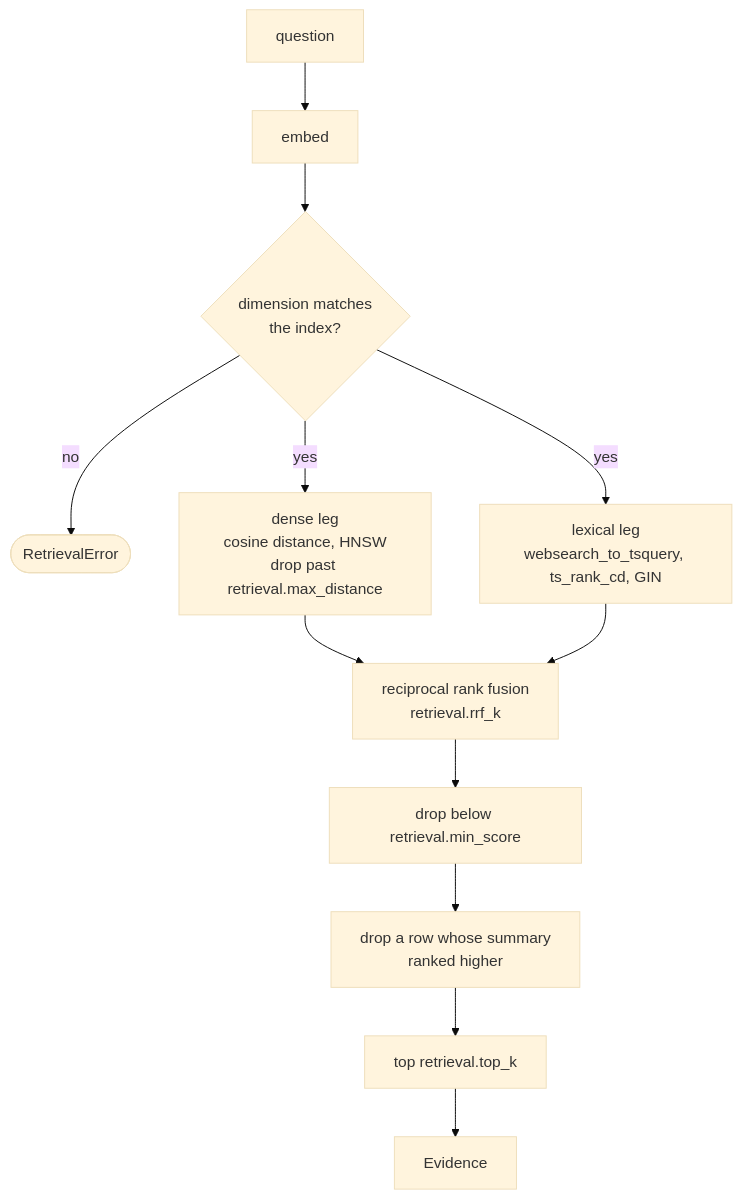
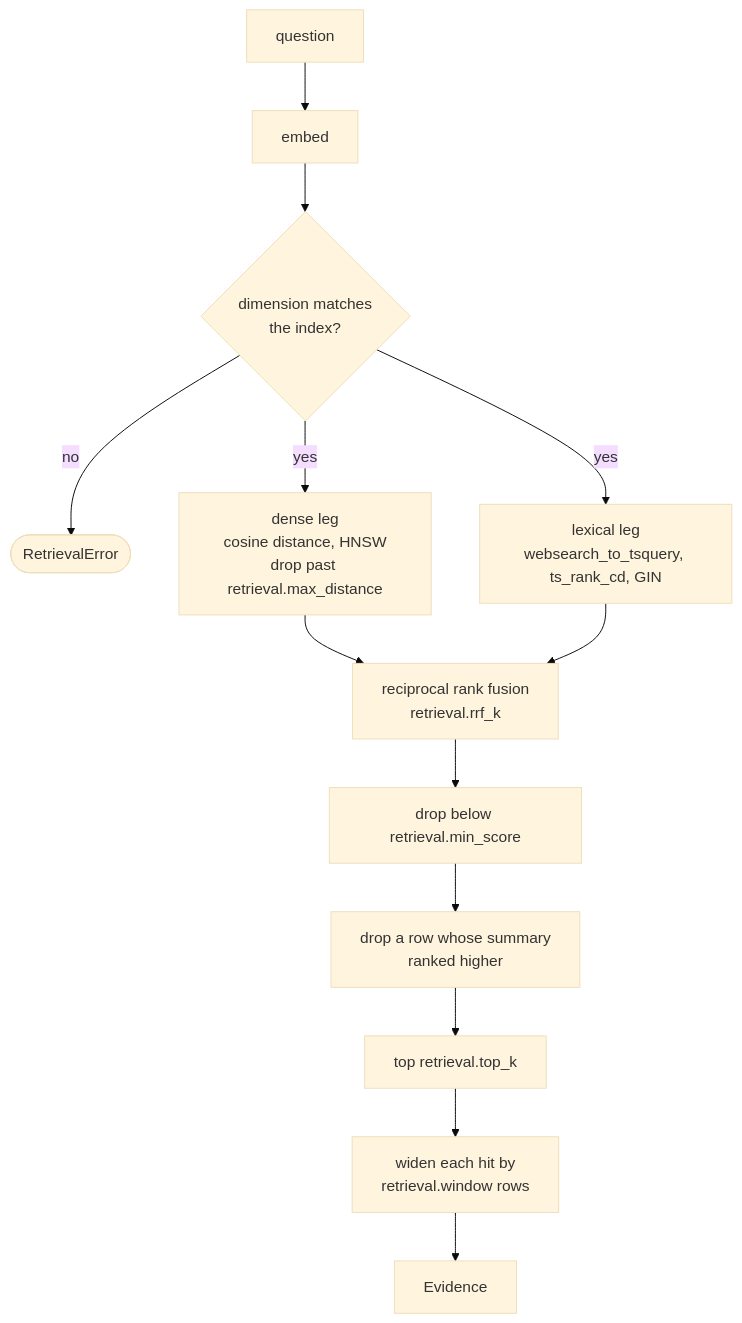
Before and after one commit to ashworks1706/SparkyAI: the sixth of 10 diagrams in docs/ARCHITECTURE.md, drawn with Mermaid (base theme). The commit also changed other lines of this file and 10 other files, not shown here.

````diff
--- a/docs/ARCHITECTURE.md
+++ b/docs/ARCHITECTURE.md
@@ -477,14 +477,15 @@
 ```mermaid
 flowchart TD
     Q["question"] --> EMB["embed"]
     EMB --> DIM{"dimension matches<br/>the index?"}
     DIM -->|no| ERR(["RetrievalError"])
     DIM -->|yes| DENSE["dense leg<br/>cosine distance, HNSW<br/>drop past retrieval.max_distance"]
     DIM -->|yes| LEX["lexical leg<br/>websearch_to_tsquery, ts_rank_cd, GIN"]
     DENSE --> RRF["reciprocal rank fusion<br/>retrieval.rrf_k"]
     LEX --> RRF
     RRF --> MIN["drop below retrieval.min_score"]
     MIN --> TREE["drop a row whose summary<br/>ranked higher"]
     TREE --> TOPK["top retrieval.top_k"]
-    TOPK --> EV["Evidence"]
+    TOPK --> WIN["widen each hit by<br/>retrieval.window rows"]
+    WIN --> EV["Evidence"]
 ```
````
